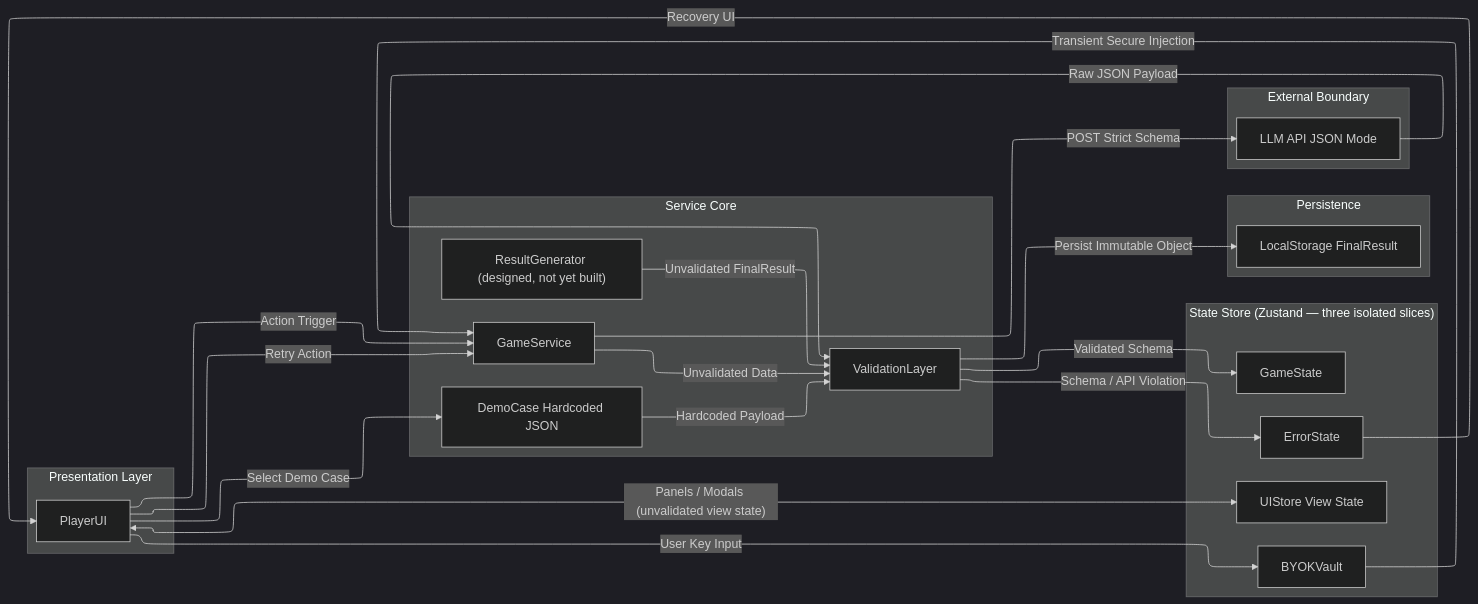
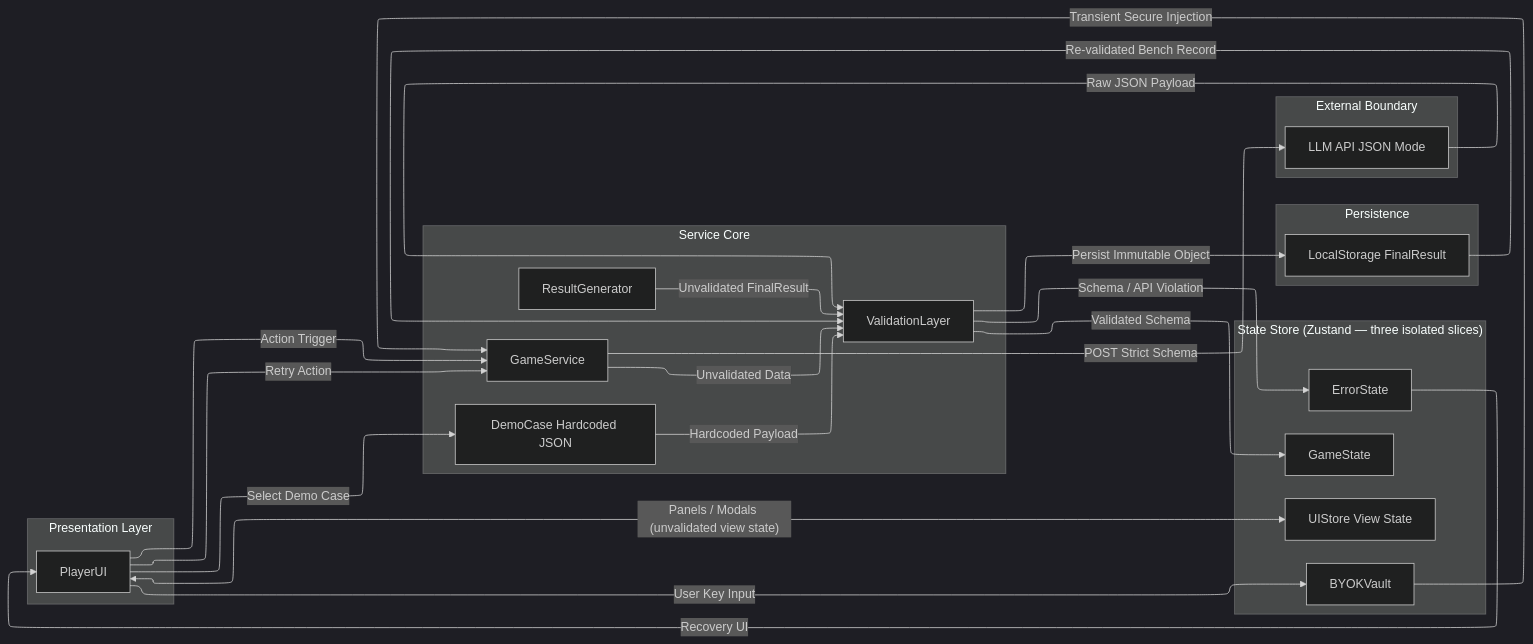
The first of 2 diagrams in README.md (jcrump97/the-bench), drawn with Mermaid (dark theme) before and after one commit. The commit also changed other lines of this file and 3 other files, not shown here.

````diff
--- a/README.md
+++ b/README.md
@@ -61,45 +61,46 @@
 ```mermaid
 %%{init:{'flowchart':{'defaultRenderer':'elk'}}}%%
 flowchart LR
     subgraph Presentation["Presentation Layer"]
         UI[PlayerUI]
     end
 
     subgraph ServiceCore["Service Core"]
         GS[GameService]
-        RG["ResultGenerator (designed, not yet built)"]
+        RG[ResultGenerator]
         VL[ValidationLayer]
         DEMO[DemoCase Hardcoded JSON]
     end
 
     subgraph StateStore["State Store (Zustand — three isolated slices)"]
         GAME[GameState]
         ERR[ErrorState]
         VAULT[BYOKVault]
         UIS[UIStore View State]
     end
 
     subgraph Persistence["Persistence"]
         LS[LocalStorage FinalResult]
     end
 
     subgraph External["External Boundary"]
         LLM[LLM API JSON Mode]
     end
 
     UI -->|"Action Trigger"| GS
     UI -->|"User Key Input"| VAULT
     UI -->|"Select Demo Case"| DEMO
     VAULT -->|"Transient Secure Injection"| GS
     GS -->|"POST Strict Schema"| LLM
     DEMO -->|"Hardcoded Payload"| VL
     LLM -->|"Raw JSON Payload"| VL
     GS -->|"Unvalidated Data"| VL
     RG -->|"Unvalidated FinalResult"| VL
     VL -->|"Validated Schema"| GAME
     VL -->|"Schema / API Violation"| ERR
     VL -->|"Persist Immutable Object"| LS
+    LS -->|"Re-validated Bench Record"| VL
     ERR -->|"Recovery UI"| UI
     UI -->|"Retry Action"| GS
     UI <-->|"Panels / Modals (unvalidated view state)"| UIS
 ```
````
